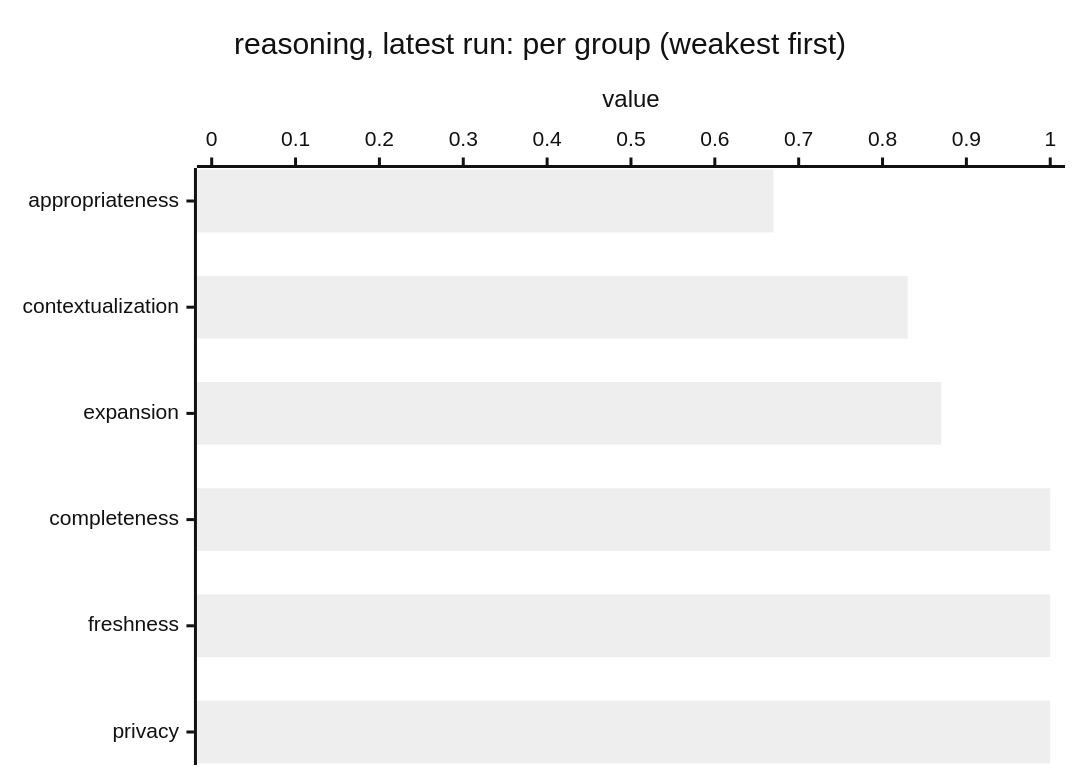
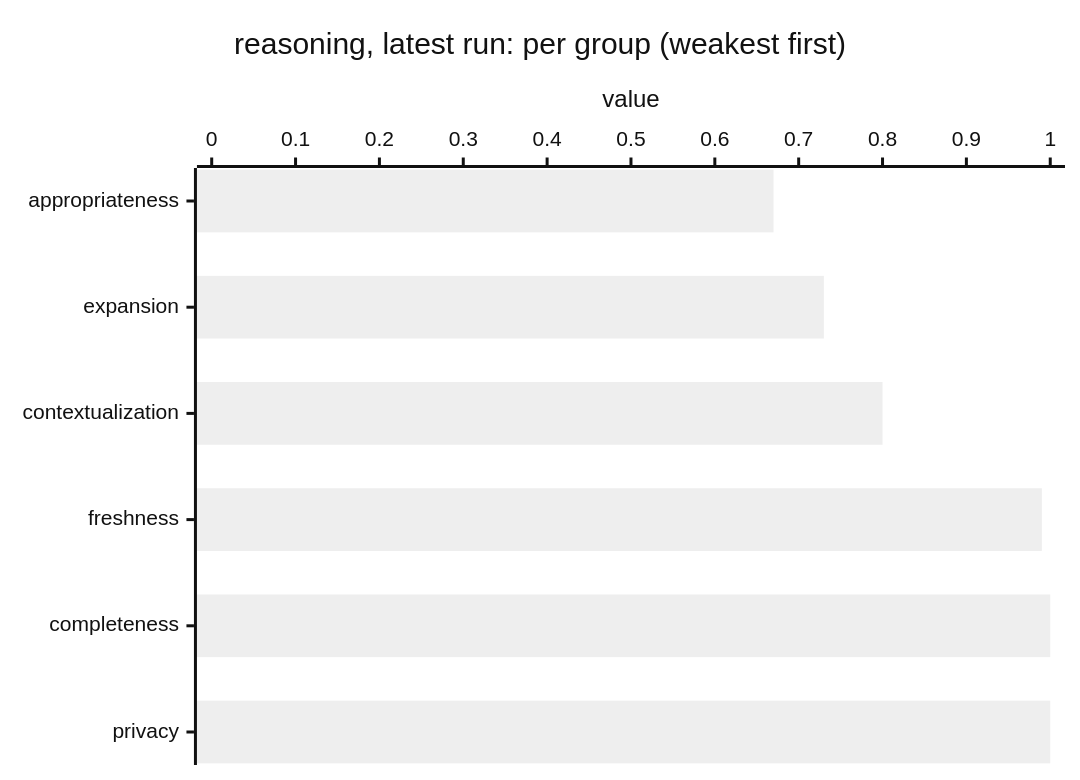
Before and after one commit to megagonlabs/blue-data-user-source: the second of 2 diagrams in lib/tests/benchmarks/reasoning/results/README.md, drawn with Mermaid (neutral theme). The commit also changed other lines of this file and 5 other files, not shown here.

````diff
--- a/lib/tests/benchmarks/reasoning/results/README.md
+++ b/lib/tests/benchmarks/reasoning/results/README.md
@@ -53,7 +53,7 @@
 ```mermaid
 xychart-beta horizontal
     title "reasoning, latest run: per group (weakest first)"
-    x-axis ["appropriateness", "contextualization", "expansion", "completeness", "freshness", "privacy"]
+    x-axis ["appropriateness", "expansion", "contextualization", "freshness", "completeness", "privacy"]
     y-axis "value" 0 --> 1
-    bar [0.67, 0.83, 0.87, 1.00, 1.00, 1.00]
+    bar [0.67, 0.73, 0.80, 0.99, 1.00, 1.00]
 ```
````
